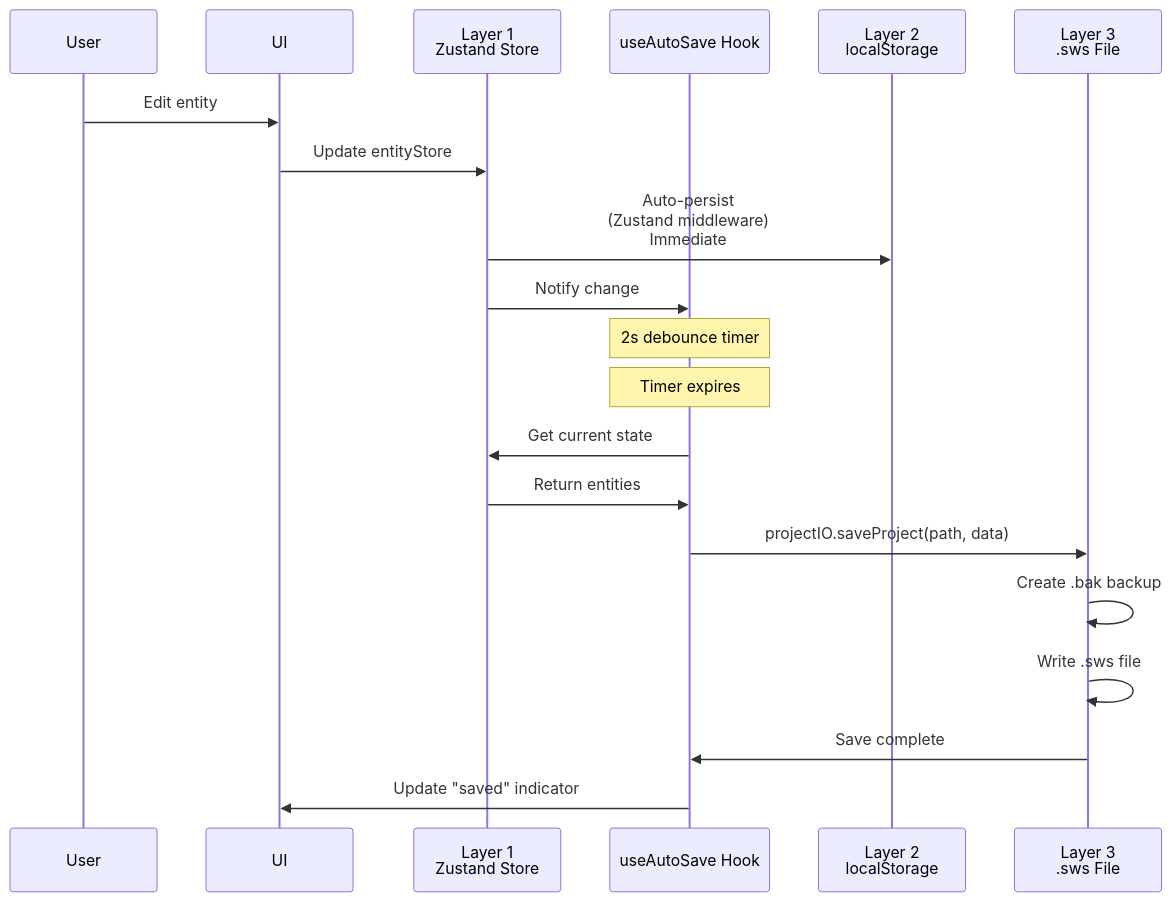
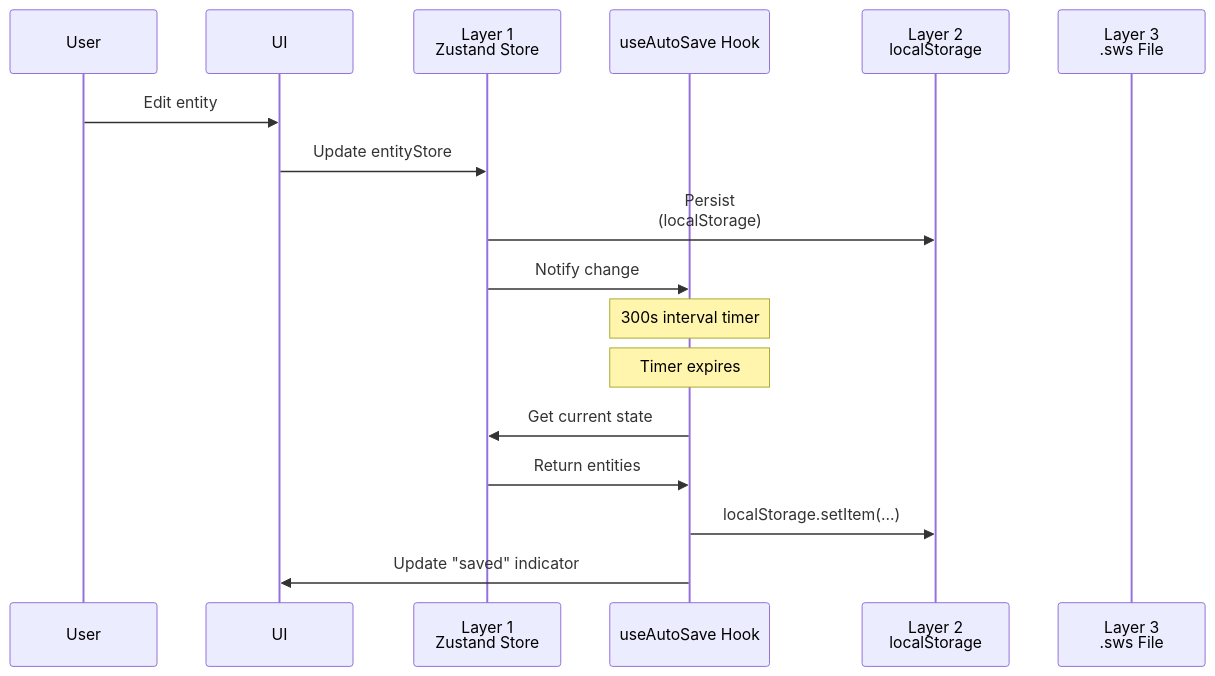
One commit to engryamato/HVAC_Canvas_App changed the third of 4 diagrams in docs/offline-storage/02-storage-layers/OS-SL-001-ArchitectureOverview.md. Above: the diagram before and after it, drawn with Mermaid. The commit also changed other lines of this file and 357 other files, not shown here.

Commit message:
docs: update offline storage architecture and user journeys; feat: add E2E tests for entity creation and canvas navigation; chore: add storage and telemetry utilities

````diff
--- a/docs/offline-storage/02-storage-layers/OS-SL-001-ArchitectureOverview.md
+++ b/docs/offline-storage/02-storage-layers/OS-SL-001-ArchitectureOverview.md
@@ -257,24 +223,21 @@
 ```mermaid
 sequenceDiagram
     participant User
     participant UI
     participant Store as Layer 1<br/>Zustand Store
     participant Hook as useAutoSave Hook
     participant LS as Layer 2<br/>localStorage
     participant FS as Layer 3<br/>.sws File
 
     User->>UI: Edit entity
     UI->>Store: Update entityStore
-    Store->>LS: Auto-persist<br/>(Zustand middleware)<br/>Immediate
+    Store->>LS: Persist<br/>(localStorage)
     Store->>Hook: Notify change
-    Note over Hook: 2s debounce timer
+    Note over Hook: 300s interval timer
 
     Note over Hook: Timer expires
     Hook->>Store: Get current state
     Store->>Hook: Return entities
-    Hook->>FS: projectIO.saveProject(path, data)
-    FS->>FS: Create .bak backup
-    FS->>FS: Write .sws file
-    FS->>Hook: Save complete
+    Hook->>LS: localStorage.setItem(...)
     Hook->>UI: Update "saved" indicator
 ```
````
